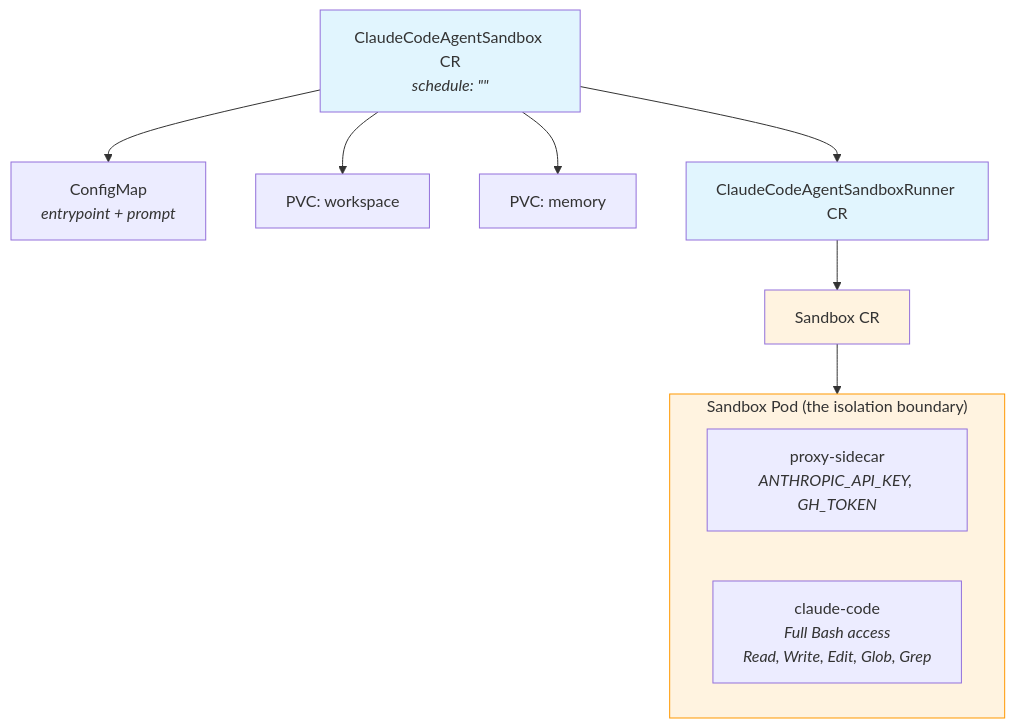
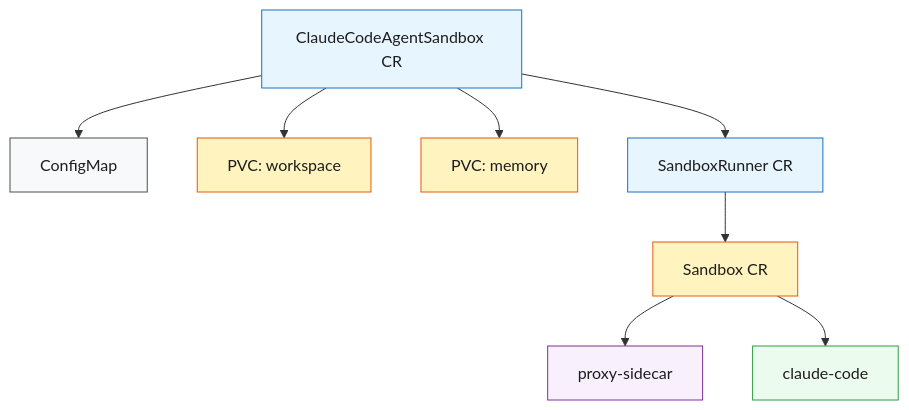
One commit to weldonfaizan/kcd-new-york-k8s-claude changed the first of 2 diagrams in 07-sandbox/agent-sandbox/README.md. Above: the diagram before and after it, drawn with Mermaid. The commit also changed other lines of this file and 44 other files, not shown here.

````diff
--- a/07-sandbox/agent-sandbox/README.md
+++ b/07-sandbox/agent-sandbox/README.md
@@ -24,23 +24,20 @@
 ```mermaid
 graph TB
-    CR["ClaudeCodeAgentSandbox CR<br/><i>schedule: &quot;&quot;</i>"]
-
-    CR --> CM["ConfigMap<br/><i>entrypoint + prompt</i>"]
+    CR["ClaudeCodeAgentSandbox CR"]
+    CR --> CM["ConfigMap"]
     CR --> WPVC["PVC: workspace"]
     CR --> MPVC["PVC: memory"]
-    CR --> RUNNER["ClaudeCodeAgentSandboxRunner CR"]
+    CR --> RUNNER["SandboxRunner CR"]
+    RUNNER --> SB["Sandbox CR"]
+    SB --> PROXY["proxy-sidecar"]
+    SB --> CLAUDE["claude-code"]
 
-    RUNNER --> SB["Sandbox CR"]
-
-    subgraph sandbox ["Sandbox Pod (the isolation boundary)"]
-        PROXY["proxy-sidecar<br/><i>ANTHROPIC_API_KEY, GH_TOKEN</i>"]
-        CLAUDE["claude-code<br/><i>Full Bash access<br/>Read, Write, Edit, Glob, Grep</i>"]
-    end
-
-    SB --> sandbox
-
-    style CR fill:#e1f5fe
-    style RUNNER fill:#e1f5fe
-    style sandbox fill:#fff3e0,stroke:#ff9800
-    style SB fill:#fff3e0
+    style CR fill:#e7f5ff,stroke:#1971c2,color:#1e1e1e
+    style CM fill:#f8f9fa,stroke:#495057,color:#1e1e1e
+    style WPVC fill:#fff3bf,stroke:#e8590c,color:#1e1e1e
+    style MPVC fill:#fff3bf,stroke:#e8590c,color:#1e1e1e
+    style RUNNER fill:#e7f5ff,stroke:#1971c2,color:#1e1e1e
+    style SB fill:#fff3bf,stroke:#e8590c,color:#1e1e1e
+    style PROXY fill:#f8f0fc,stroke:#862e9c,color:#1e1e1e
+    style CLAUDE fill:#ebfbee,stroke:#2f9e44,color:#1e1e1e
 ```
````
